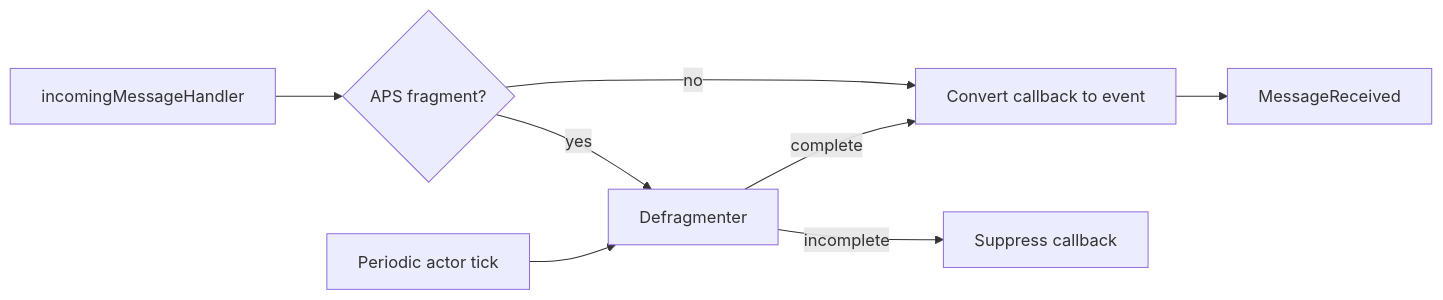
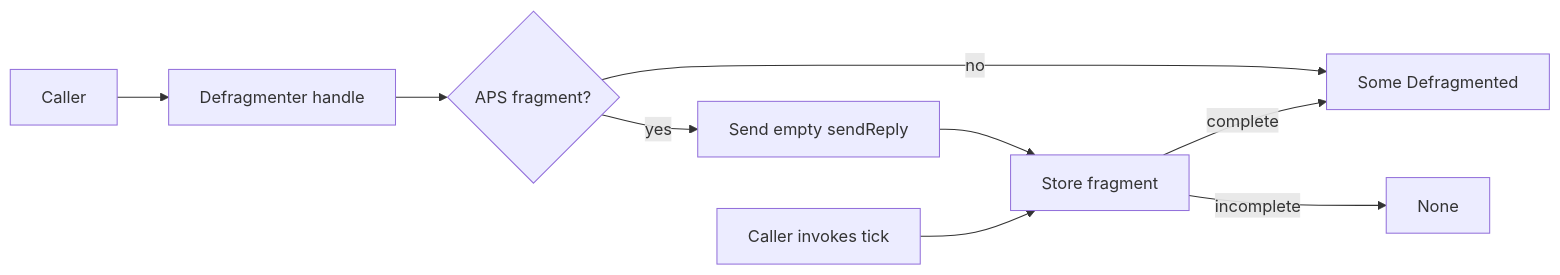
One commit to PaulmannLighting/ezsp changed the second of 2 diagrams in ARCHITECTURE.md. Above: the diagram before and after it, drawn with Mermaid. The commit also changed other lines of this file and 7 other files, not shown here.

````diff
--- a/ARCHITECTURE.md
+++ b/ARCHITECTURE.md
@@ -187,10 +188,11 @@
 ```mermaid
 flowchart LR
-    callback[incomingMessageHandler] --> fragment{APS fragment?}
-    fragment -- no --> convert[Convert callback to event]
-    fragment -- yes --> reassemble[Defragmenter]
-    reassemble -- incomplete --> discard[Suppress callback]
-    reassemble -- complete --> convert
-    tick[Periodic actor tick] --> reassemble
-    convert --> event[MessageReceived]
+    caller[Caller] --> handle[Defragmenter handle]
+    handle --> fragment{APS fragment?}
+    fragment -- no --> complete[Some Defragmented]
+    fragment -- yes --> reply[Send empty sendReply]
+    reply --> reassemble[Store fragment]
+    reassemble -- incomplete --> pending[None]
+    reassemble -- complete --> complete
+    tick[Caller invokes tick] --> reassemble
 ```
````
